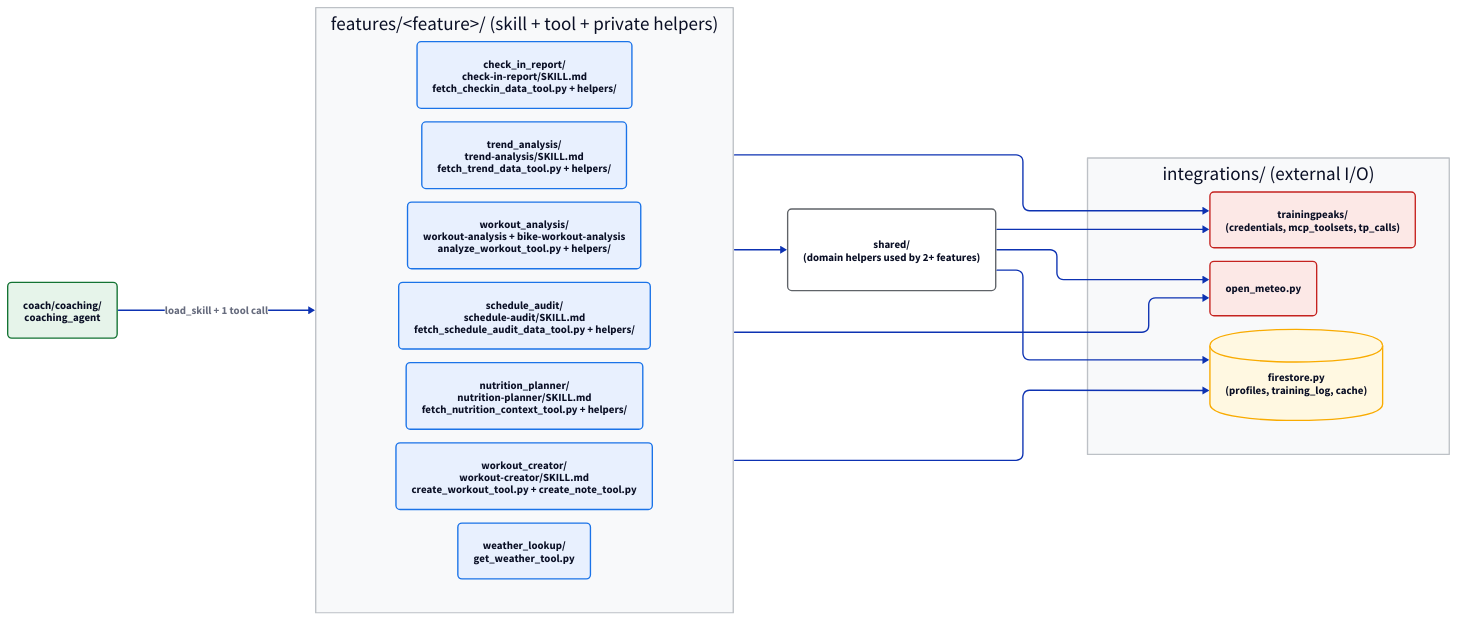
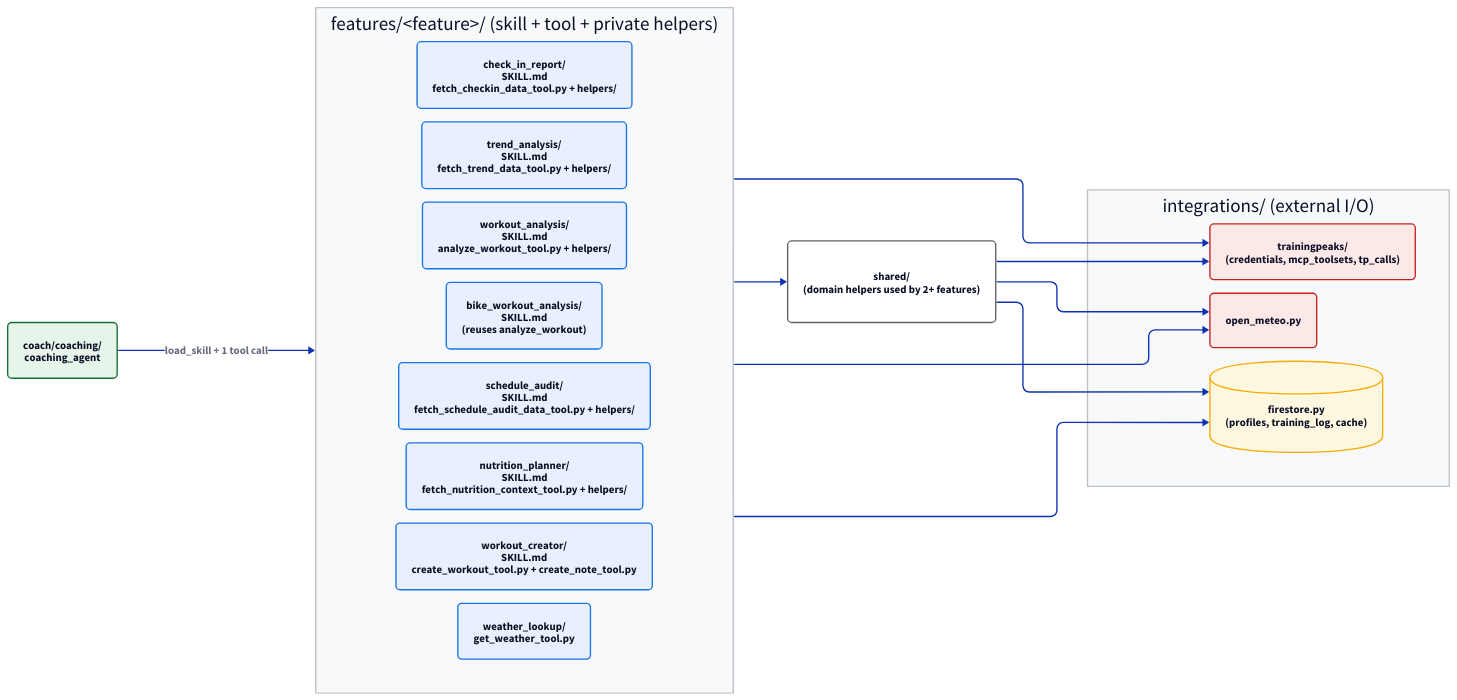
The diagram in docs/diagrams/03_skill_facades.d2 (cy-visser/runningagent), drawn with D2 before and after one commit. The commit also changed 11 other files, not shown here.

```diff
--- a/docs/diagrams/03_skill_facades.d2
+++ b/docs/diagrams/03_skill_facades.d2
@@ -1,50 +1,51 @@
 direction: right
 
 vars: {
   d2-config: {
     layout-engine: elk
   }
 }
 
 classes: {
   skill: {style.fill: "#f3e8fd"; style.stroke: "#8430ce"; style.border-radius: 6}
   facade: {style.fill: "#e8f0fe"; style.stroke: "#1a73e8"; style.border-radius: 6}
   helper: {style.fill: "#ffffff"; style.stroke: "#5f6368"; style.border-radius: 6}
   ext: {style.fill: "#fce8e6"; style.stroke: "#c5221f"; style.border-radius: 6}
   data: {shape: cylinder; style.fill: "#fff8e1"; style.stroke: "#f9ab00"}
   ai: {style.fill: "#e6f4ea"; style.stroke: "#137333"; style.border-radius: 6; style.bold: true}
 }
 
 coach: "coach/coaching/\ncoaching_agent" {class: ai}
 
 features: "features/<feature>/ (skill + tool + private helpers)" {
   style.fill: "#f8f9fa"
   style.stroke: "#bdc1c6"
 
-  ci: "check_in_report/\ncheck-in-report/SKILL.md\nfetch_checkin_data_tool.py + helpers/" {class: facade}
-  ta: "trend_analysis/\ntrend-analysis/SKILL.md\nfetch_trend_data_tool.py + helpers/" {class: facade}
-  wa: "workout_analysis/\nworkout-analysis + bike-workout-analysis\nanalyze_workout_tool.py + helpers/" {class: facade}
-  sa: "schedule_audit/\nschedule-audit/SKILL.md\nfetch_schedule_audit_data_tool.py + helpers/" {class: facade}
-  np: "nutrition_planner/\nnutrition-planner/SKILL.md\nfetch_nutrition_context_tool.py + helpers/" {class: facade}
-  wc: "workout_creator/\nworkout-creator/SKILL.md\ncreate_workout_tool.py + create_note_tool.py" {class: facade}
+  ci: "check_in_report/\nSKILL.md\nfetch_checkin_data_tool.py + helpers/" {class: facade}
+  ta: "trend_analysis/\nSKILL.md\nfetch_trend_data_tool.py + helpers/" {class: facade}
+  wa: "workout_analysis/\nSKILL.md\nanalyze_workout_tool.py + helpers/" {class: facade}
+  bwa: "bike_workout_analysis/\nSKILL.md\n(reuses analyze_workout)" {class: facade}
+  sa: "schedule_audit/\nSKILL.md\nfetch_schedule_audit_data_tool.py + helpers/" {class: facade}
+  np: "nutrition_planner/\nSKILL.md\nfetch_nutrition_context_tool.py + helpers/" {class: facade}
+  wc: "workout_creator/\nSKILL.md\ncreate_workout_tool.py + create_note_tool.py" {class: facade}
   wl: "weather_lookup/\nget_weather_tool.py" {class: facade}
 }
 
 shared: "shared/\n(domain helpers used by 2+ features)" {class: helper}
 
 integrations: "integrations/ (external I/O)" {
   style.fill: "#f8f9fa"
   style.stroke: "#bdc1c6"
   tp: "trainingpeaks/\n(credentials, mcp_toolsets, tp_calls)" {class: ext}
   meteo: "open_meteo.py" {class: ext}
   fs: "firestore.py\n(profiles, training_log, cache)" {class: data}
 }
 
 coach -> features: "load_skill + 1 tool call" {style.bold: true}
 features -> shared
 features -> integrations.tp
 features -> integrations.meteo
 features -> integrations.fs
 shared -> integrations.tp
 shared -> integrations.meteo
 shared -> integrations.fs
```
